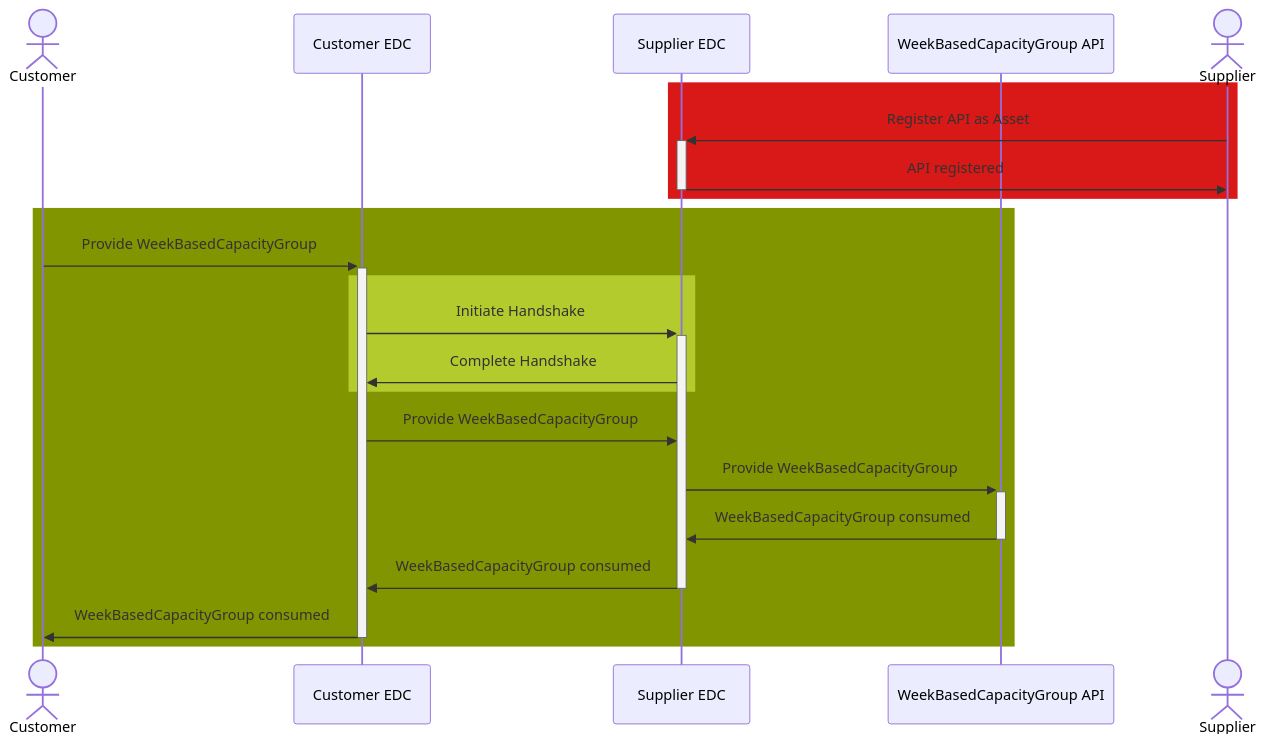
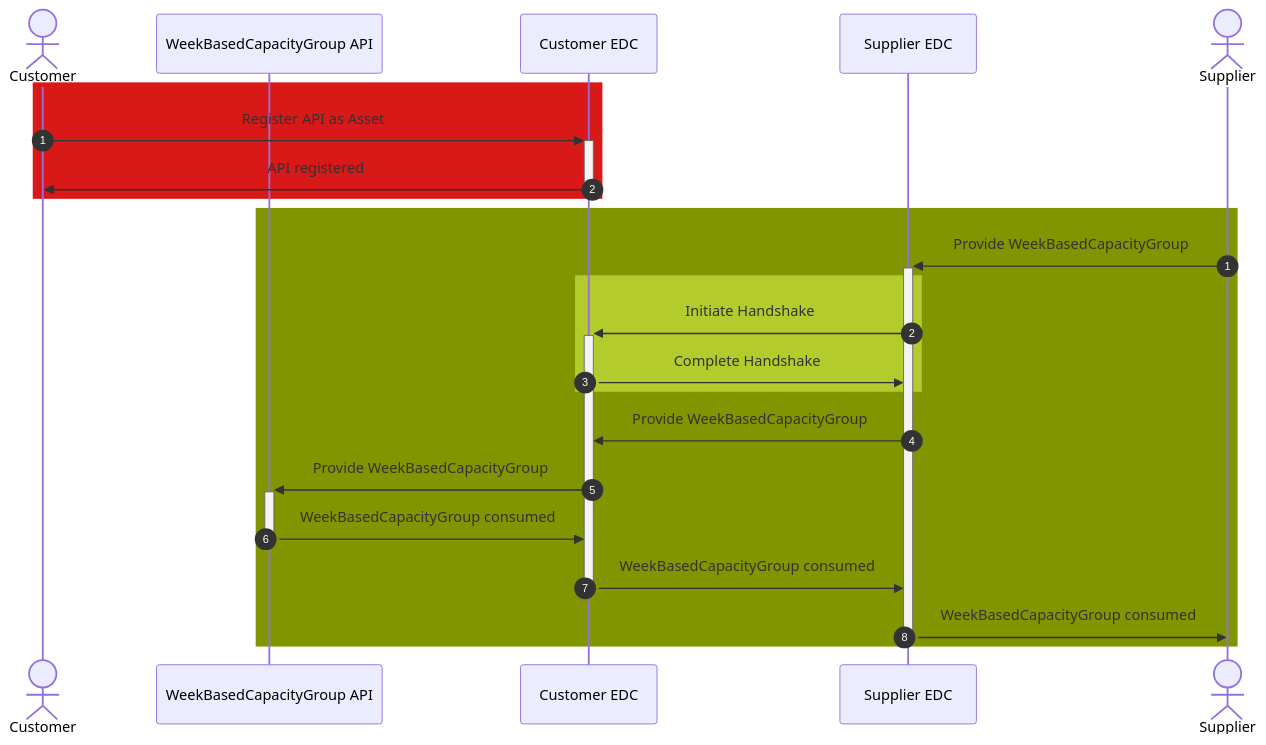
The diagram in docs-kits_versioned_docs/version-24.08/kits/demand-and-capacity-management-kit/development-view/api-capacity-group.md (eclipse-tractusx/eclipse-tractusx.github.io), drawn with Mermaid before and after one commit. The commit also changed other lines of this file and 5 other files, not shown here.

````diff
--- a/docs-kits_versioned_docs/version-24.08/kits/demand-and-capacity-management-kit/development-view/api-capacity-group.md
+++ b/docs-kits_versioned_docs/version-24.08/kits/demand-and-capacity-management-kit/development-view/api-capacity-group.md
@@ -22,27 +22,28 @@
 ```mermaid
 sequenceDiagram
+autonumber
     actor c as Customer 
+    participant a as WeekBasedCapacityGroup API
     participant ce as Customer EDC
-    participant se as Supplier EDC
-    participant a as WeekBasedCapacityGroup API
+    participant se as Supplier EDC    
     actor s as Supplier
     
     rect rgb(217,24,24)
-    s->>+se: Register API as Asset
-    se->>-s: API registered
+      c->>+ce: Register API as Asset
+      ce->>-c: API registered
     end
+autonumber 1
     rect rgb(128,149,00)
-    c->>+ce: Provide WeekBasedCapacityGroup
-    rect rgb(179,203,45)
-    ce->>+se: Initiate Handshake
-    se->>ce: Complete Handshake
-    end
-    ce->>se: Provide WeekBasedCapacityGroup
-    se->>+a: Provide WeekBasedCapacityGroup
-    a->>-se: WeekBasedCapacityGroup consumed
-    se->>-ce: WeekBasedCapacityGroup consumed
-    ce->>-c: WeekBasedCapacityGroup consumed
+      s->>+se: Provide WeekBasedCapacityGroup
+      rect rgb(179,203,45)
+        se->>+ce: Initiate Handshake
+        ce->>se: Complete Handshake
+      end
+      se->>ce: Provide WeekBasedCapacityGroup
+      ce->>+a: Provide WeekBasedCapacityGroup
+      a->>-ce: WeekBasedCapacityGroup consumed
+      ce->>-se: WeekBasedCapacityGroup consumed
+      se->>-s: WeekBasedCapacityGroup consumed
     
     end
-  
 ```
````
